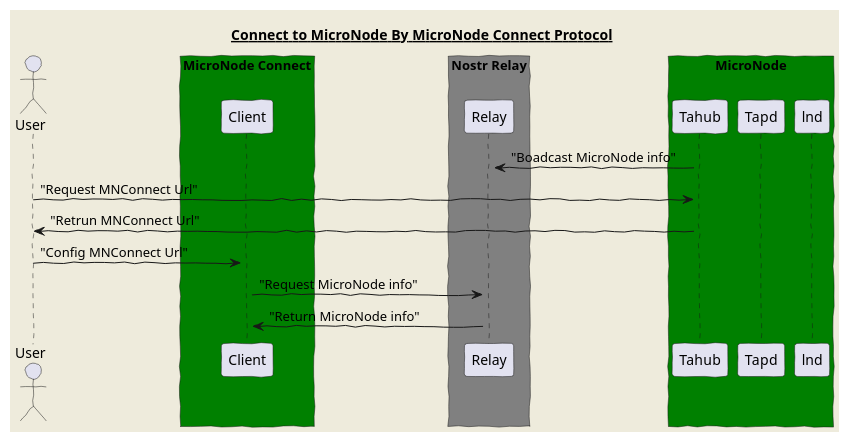
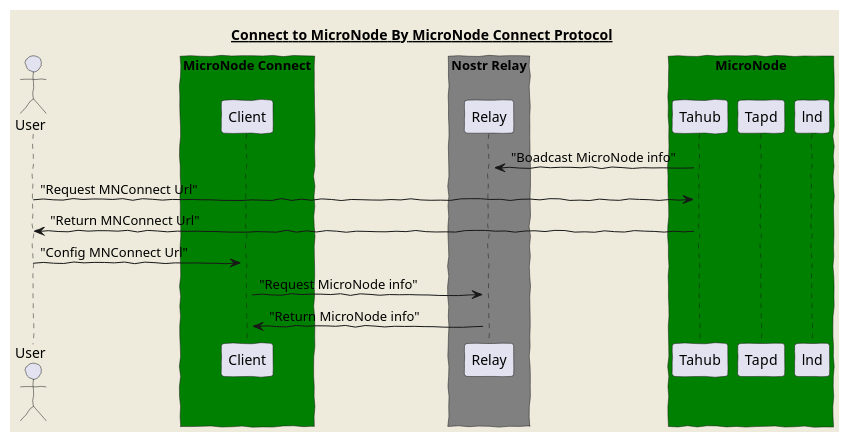
One commit to lnfi-network/ln-node changed the first of 3 diagrams in MicroNodeConnect/MicroNode.puml. Above: the diagram before and after it, drawn with PlantUML. The commit also changed other lines of this file and 3 other files, not shown here.

```diff
--- a/MicroNodeConnect/MicroNode.puml
+++ b/MicroNodeConnect/MicroNode.puml
@@ -1,32 +1,32 @@
 @startuml Tahub
 'https://plantuml.com/sequence-diagram
 skinparam backgroundColor #EEEBDC
 skinparam handwritten true
 
 title
  <u>Connect to MicroNode By MicroNode Connect Protocol</u>
 end title
 actor User
 
 box "MicroNode Connect" #green
 activate "Client"
 end box
 
 box "Nostr Relay" #Grey
 activate "Relay"
 end box
 
 box "MicroNode" #green
 activate "Tahub"
 activate "Tapd"
 activate "lnd"
 end box
 
 Tahub -> Relay : "Boadcast MicroNode info"
 User -> Tahub : "Request MNConnect Url"
-Tahub -> User : "Retrun MNConnect Url"
+Tahub -> User : "Return MNConnect Url"
 User -> Client: "Config MNConnect Url"
 Client -> Relay: "Request MicroNode info"
 Relay -> Client: "Return MicroNode info"
 
 @enduml
```
